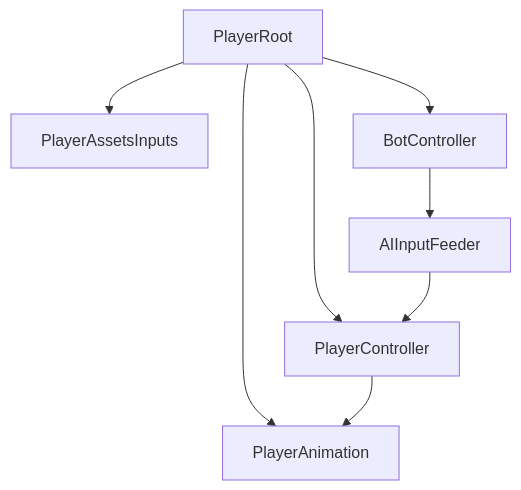
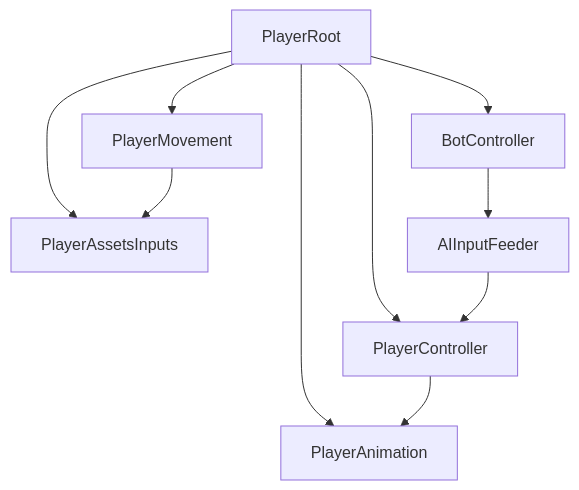
The first of 8 diagrams in .qoder/repowiki/en/content/Player System/Player Movement & Locomotion.md (kandeng/openclaw_battle_game), drawn with Mermaid before and after one commit. The commit also changed other lines of this file and 20 other files, not shown here.

````diff
--- a/.qoder/repowiki/en/content/Player System/Player Movement & Locomotion.md
+++ b/.qoder/repowiki/en/content/Player System/Player Movement & Locomotion.md
@@ -39,16 +48,19 @@
 ```mermaid
 graph TB
 PR["PlayerRoot"]
 PAC["PlayerAssetsInputs"]
 PC["PlayerController"]
 PA["PlayerAnimation"]
 BM["BotController"]
 AIF["AIInputFeeder"]
+PM["PlayerMovement"]
 PR --> PAC
 PR --> PC
 PR --> PA
 PR --> BM
+PR --> PM
 BM --> AIF
 AIF --> PC
 PC --> PA
+PM --> PAC
 ```
````
